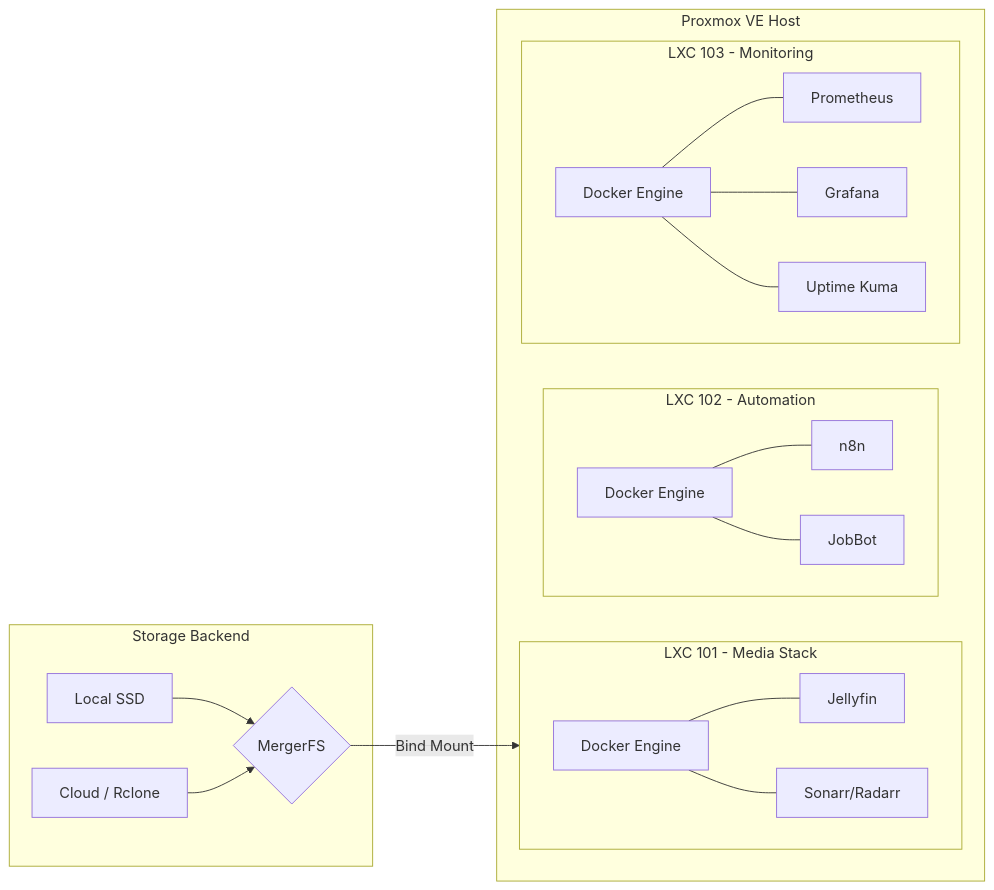
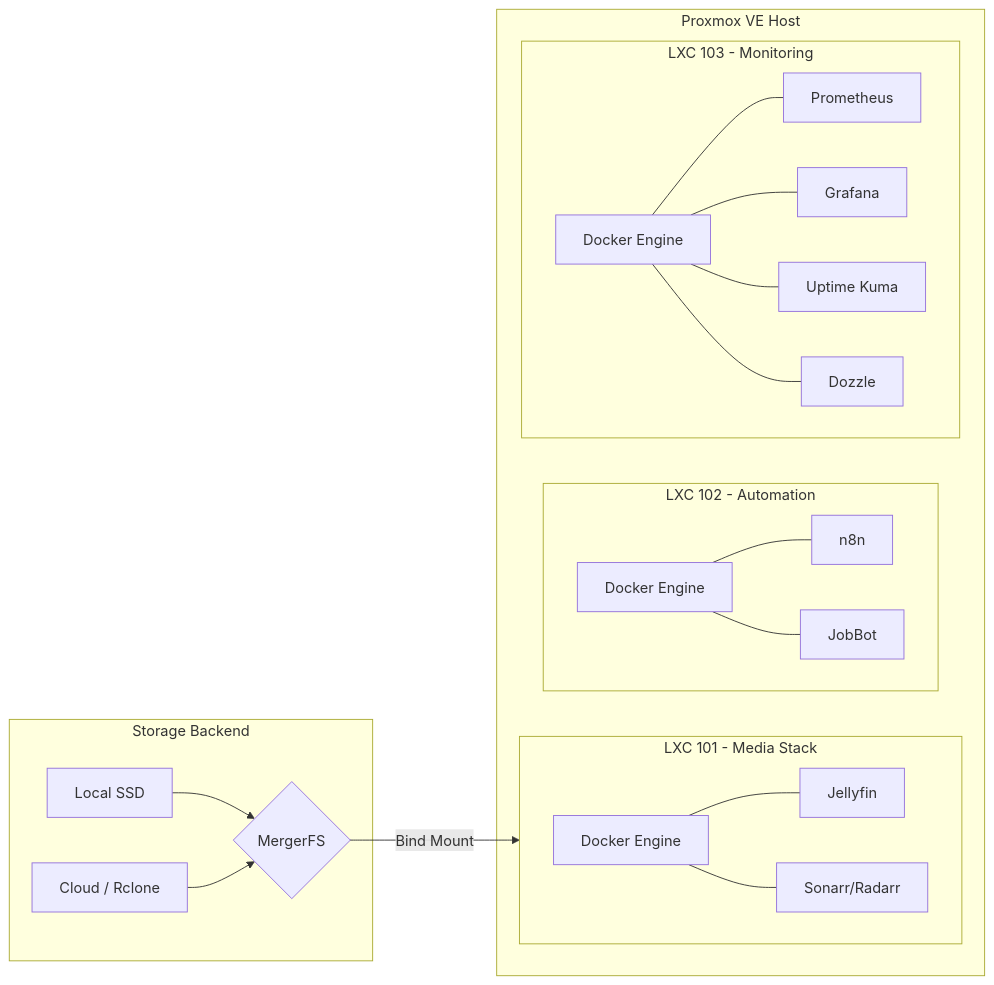
The first of 3 diagrams in README.md (kromz-dev/homelab-infrastructure), drawn with Mermaid before and after one commit. The commit also changed other lines of this file and 5 other files, not shown here.

````diff
--- a/README.md
+++ b/README.md
@@ -44,38 +44,39 @@
 ```mermaid
 flowchart LR
     subgraph Host [Proxmox VE Host]
         subgraph LXC101 [LXC 101 - Media Stack]
             direction LR
             Docker1[Docker Engine]
             Jellyfin[Jellyfin]
             Arrs[Sonarr/Radarr]
             Docker1 --- Jellyfin & Arrs
         end
         subgraph LXC102 [LXC 102 - Automation]
             direction LR
             Docker2[Docker Engine]
             n8n[n8n]
             JobBot[JobBot]
             Docker2 --- n8n & JobBot
         end
         subgraph LXC103 [LXC 103 - Monitoring]
             direction LR
             Docker3[Docker Engine]
             Prom[Prometheus]
             Graf[Grafana]
             Kuma[Uptime Kuma]
-            Docker3 --- Prom & Graf & Kuma
+            Dozzle[Dozzle]
+            Docker3 --- Prom & Graf & Kuma & Dozzle
         end
     end
 
     subgraph Storage [Storage Backend]
         Local[Local SSD]
         Cloud[Cloud / Rclone]
         Pool{MergerFS}
         
         Local --> Pool
         Cloud --> Pool
     end
 
     Pool -->|Bind Mount| LXC101
 ```
````
